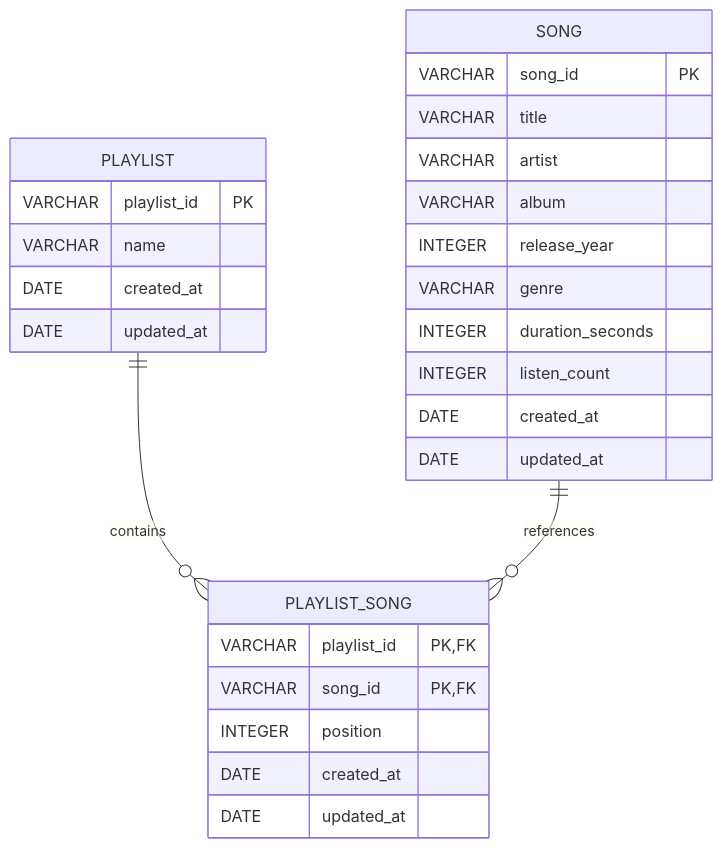
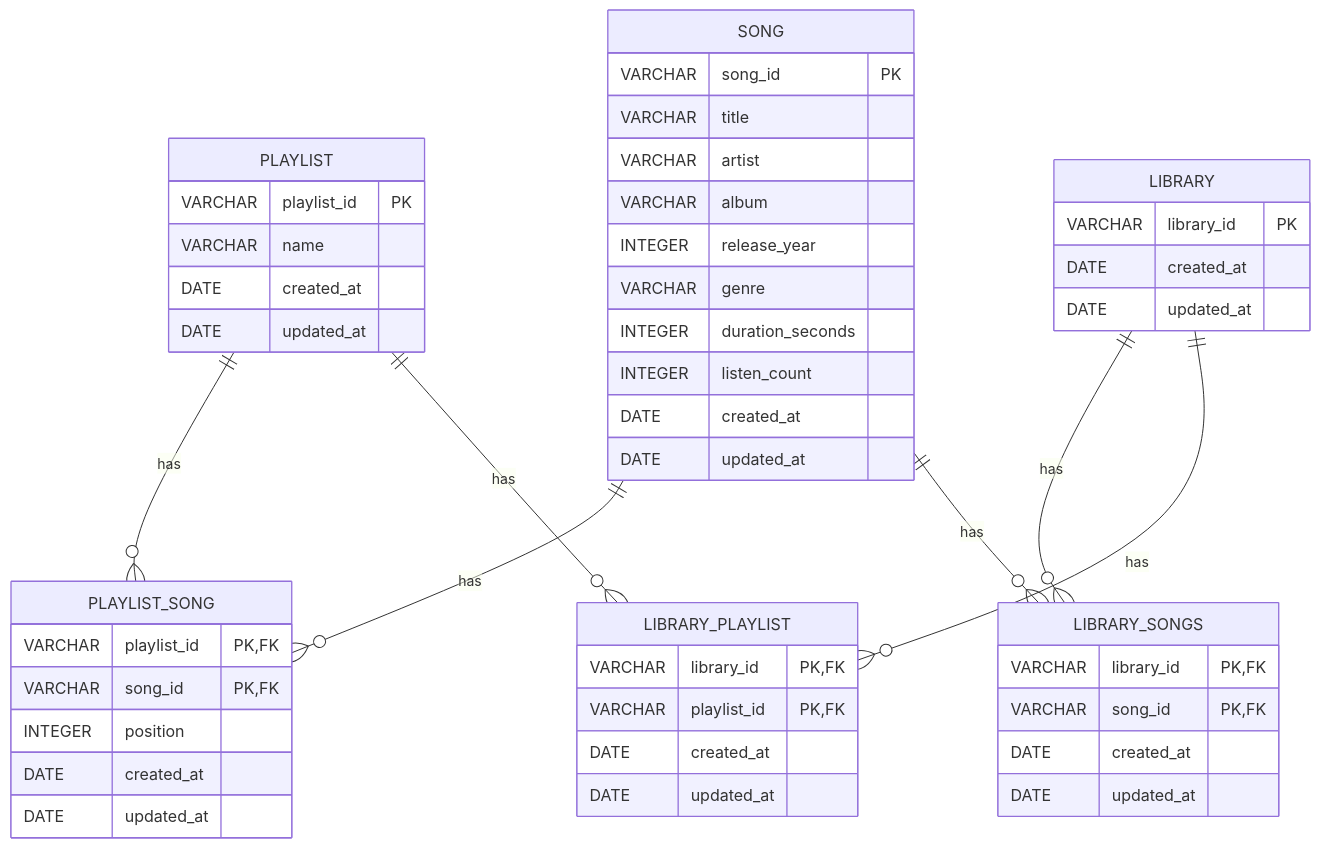
Before and after one commit to Kkiriya/Music-Playlist-Manager: the diagram in docs/erd.mmd, drawn with Mermaid. The commit also changed 10 other files, not shown here.

```diff
--- a/docs/erd.mmd
+++ b/docs/erd.mmd
@@ -1,34 +1,68 @@
+---
+Config:
+    layout: ELK
+
+---
 erDiagram
-    PLAYLIST ||--o{ PLAYLIST_SONG : contains
-    SONG ||--o{ PLAYLIST_SONG: references
+    PLAYLIST ||--o{ PLAYLIST_SONG : has
+    SONG ||--o{ PLAYLIST_SONG: has
+
+    LIBRARY ||--o{ LIBRARY_SONGS : has
+    LIBRARY ||--o{ LIBRARY_PLAYLIST : has
+
+    SONG ||--o{ LIBRARY_SONGS : has
+    PLAYLIST ||--o{ LIBRARY_PLAYLIST : has
+
+    LIBRARY {
+        VARCHAR library_id PK
+
+        DATE created_at
+        DATE updated_at
+    }
+
+    LIBRARY_SONGS {
+        VARCHAR library_id PK,FK
+        VARCHAR song_id PK,FK
+
+        DATE created_at
+        DATE updated_at
+    }
+
+    LIBRARY_PLAYLIST {
+        VARCHAR library_id PK,FK
+        VARCHAR playlist_id PK,FK
+
+        DATE created_at
+        DATE updated_at
+    }
 
     SONG {
         VARCHAR song_id PK
         VARCHAR title
         VARCHAR artist
         VARCHAR album
         INTEGER release_year
         VARCHAR genre
         INTEGER duration_seconds
         INTEGER listen_count
 
         DATE created_at
         DATE updated_at
     }
 
     PLAYLIST {
         VARCHAR playlist_id PK
         VARCHAR name
 
         DATE created_at
         DATE updated_at
     }
 
     PLAYLIST_SONG {
         VARCHAR playlist_id PK, FK
         VARCHAR song_id PK, FK
         INTEGER position
 
         DATE created_at
         DATE updated_at
     }
```
